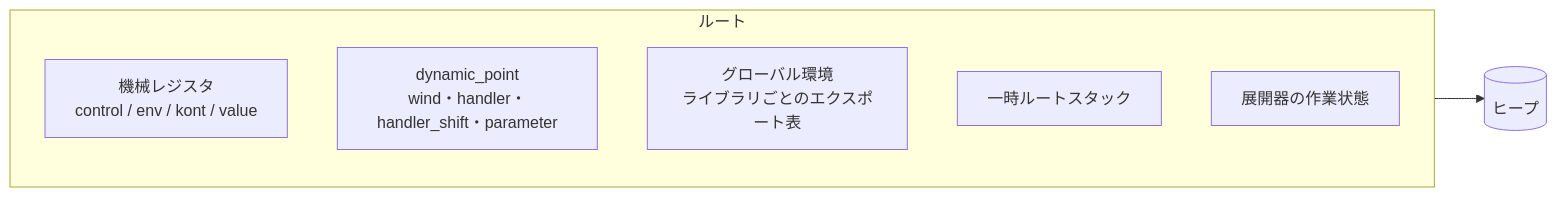
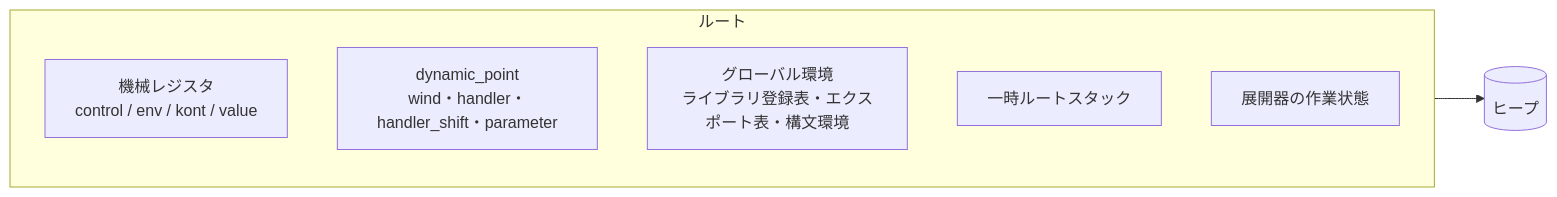
One commit to suchi/sucheme-zig changed the first of 5 diagrams in docs/design/runtime.md. Above: the diagram before and after it, drawn with Mermaid. The commit also changed other lines of this file and 13 other files, not shown here.

````diff
--- a/docs/design/runtime.md
+++ b/docs/design/runtime.md
@@ -416,11 +447,11 @@
 ```mermaid
 flowchart LR
     subgraph roots[ルート]
         reg["機械レジスタ<br/>control / env / kont / value"]
         dyn["dynamic_point<br/>wind・handler・handler_shift・parameter"]
-        glob["グローバル環境<br/>ライブラリごとのエクスポート表"]
+        glob["グローバル環境<br/>ライブラリ登録表・エクスポート表・構文環境"]
         tmp["一時ルートスタック"]
         exp["展開器の作業状態"]
     end
     roots --> heap[(ヒープ)]
 ```
````
